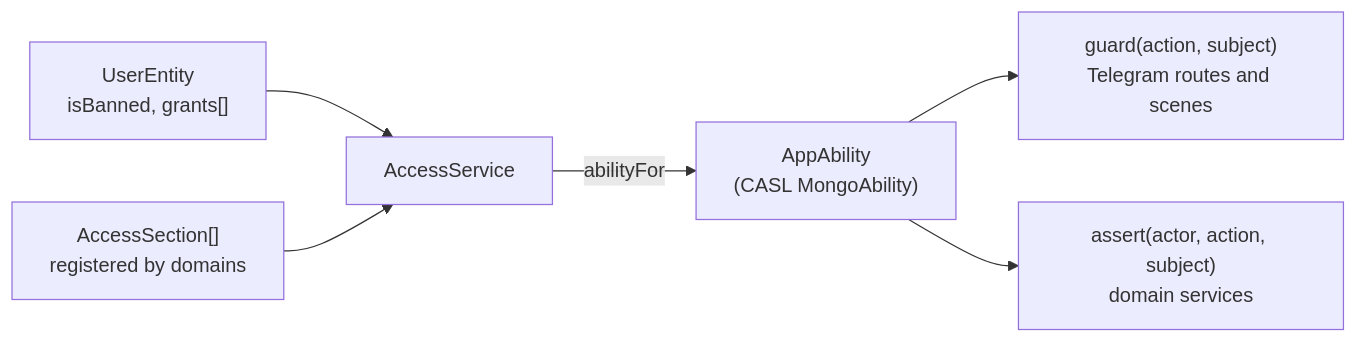
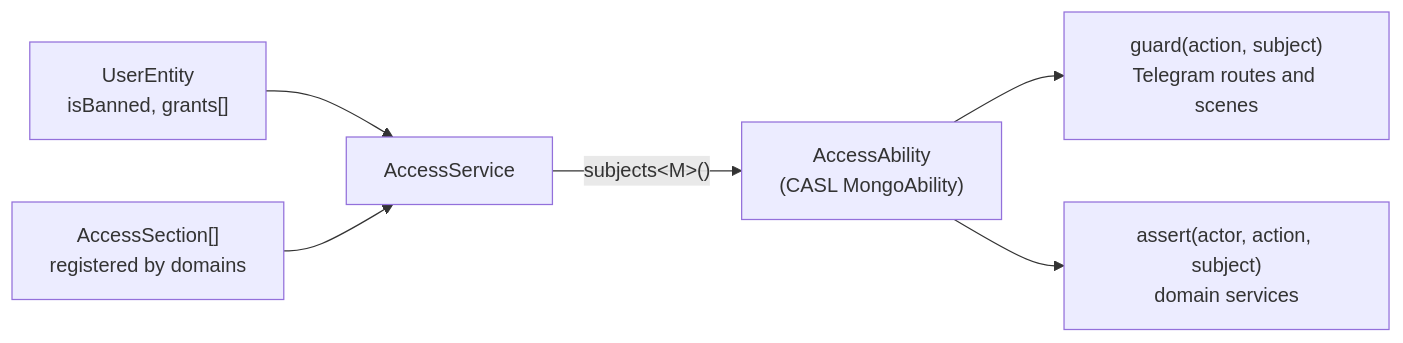
One commit to ayuvlasenko/smart-assistant changed the diagram in apps/server/src/plugins/app/access/README.md. Above: the diagram before and after it, drawn with Mermaid. The commit also changed other lines of this file and 16 other files, not shown here.

First line of the commit message:
refactor: type access subjects per domain instead of declare module

````diff
--- a/apps/server/src/plugins/app/access/README.md
+++ b/apps/server/src/plugins/app/access/README.md
@@ -7,8 +7,8 @@
 ```mermaid
 flowchart LR
     user["UserEntity<br/>isBanned, grants[]"] --> service[AccessService]
     sections["AccessSection[]<br/>registered by domains"] --> service
-    service -->|abilityFor| ability["AppAbility<br/>(CASL MongoAbility)"]
+    service -->|"subjects&lt;M&gt;()"| ability["AccessAbility<br/>(CASL MongoAbility)"]
     ability --> guard["guard(action, subject)<br/>Telegram routes and scenes"]
     ability --> assert["assert(actor, action, subject)<br/>domain services"]
 ```
````
